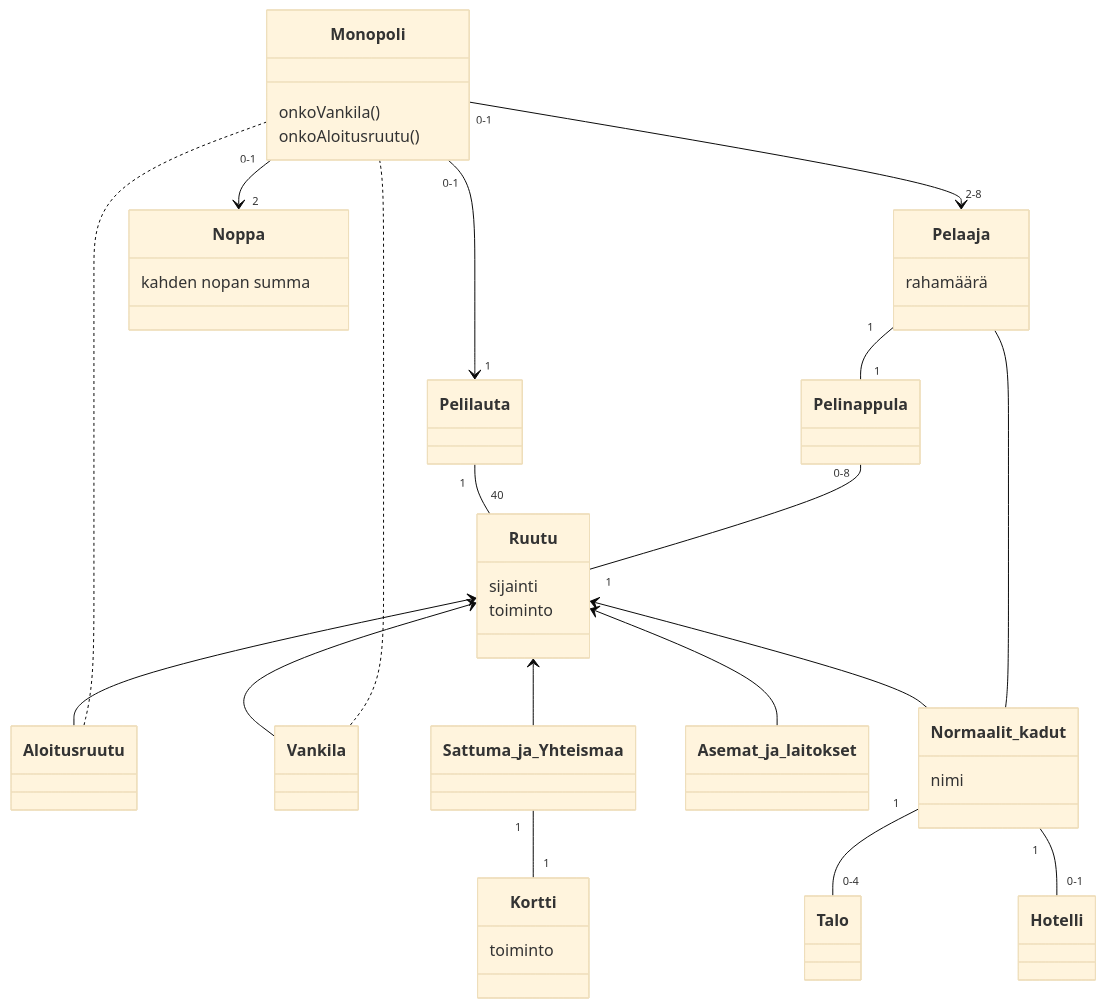
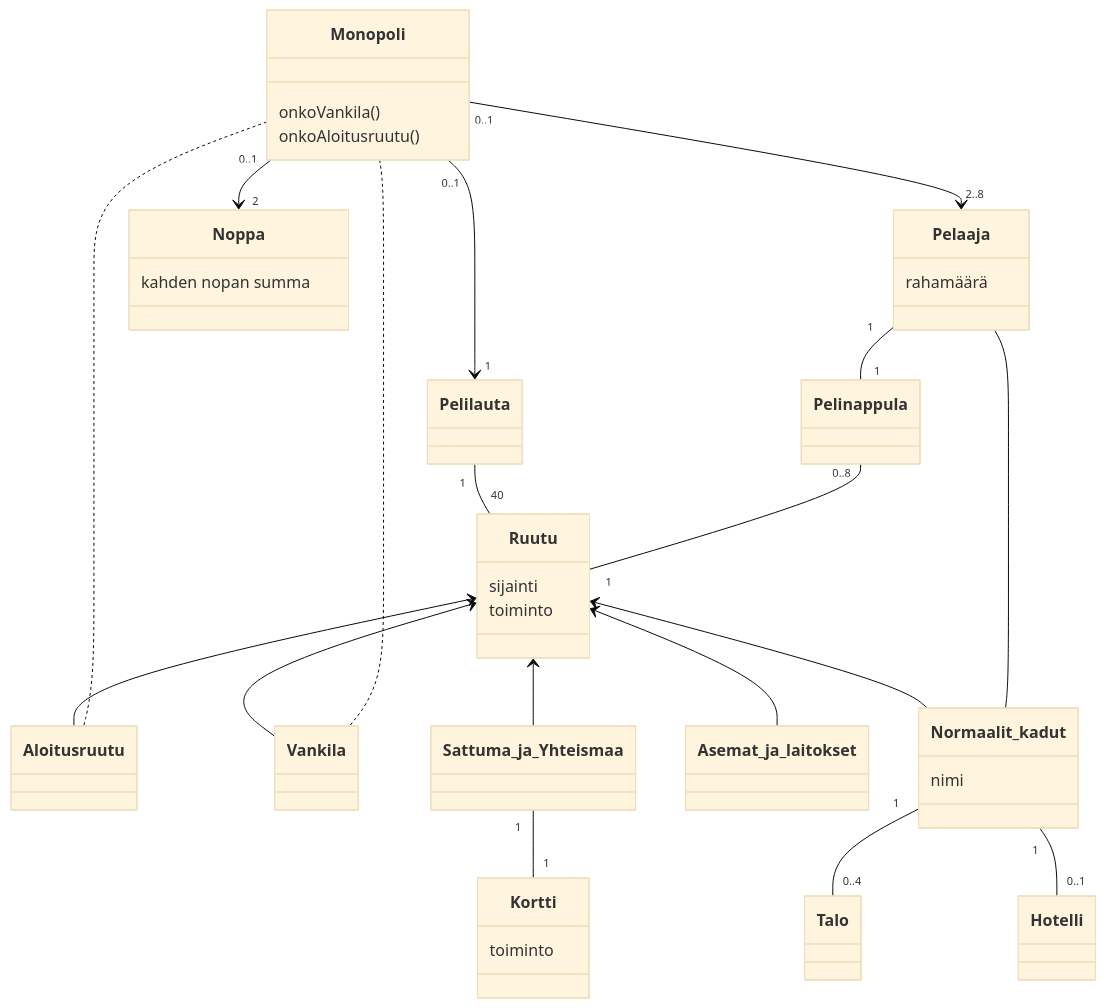
Before and after one commit to nikihietala/StrengthApp: the diagram in laskarit/viikko3/tehtava2.md, drawn with Mermaid (base theme). The commit also changed 2 other files, not shown here.

Commit message:
tehtava 3 + muokkaukset tehtava1&2

````diff
--- a/laskarit/viikko3/tehtava2.md
+++ b/laskarit/viikko3/tehtava2.md
@@ -1,56 +1,56 @@
 ```mermaid
 	classDiagram
-		Monopoli "0-1" --> "1" Pelilauta
-		Monopoli "0-1" --> "2-8" Pelaaja
+		Monopoli "0..1" --> "1" Pelilauta
+		Monopoli "0..1" --> "2..8" Pelaaja
 		Pelilauta "1" -- "40" Ruutu
-		Monopoli "0-1" --> "2" Noppa
+		Monopoli "0..1" --> "2" Noppa
 		Pelaaja "1" -- "1" Pelinappula
-		Pelinappula "0-8" -- "1" Ruutu
+		Pelinappula "0..8" -- "1" Ruutu
 		Ruutu <-- Aloitusruutu
 		Ruutu <-- Vankila
 		Ruutu <-- Sattuma_ja_Yhteismaa
 		Ruutu <-- Asemat_ja_laitokset
 		Ruutu <-- Normaalit_kadut
 		Sattuma_ja_Yhteismaa "1" -- "1" Kortti
 		Pelaaja -- Normaalit_kadut
-		Normaalit_kadut "1" -- "0-4" Talo
-		Normaalit_kadut "1" -- "0-1" Hotelli
+		Normaalit_kadut "1" -- "0..4" Talo
+		Normaalit_kadut "1" -- "0..1" Hotelli
 		Monopoli .. Vankila
 		Monopoli .. Aloitusruutu
 		class Monopoli{
 			onkoVankila()
 			onkoAloitusruutu()
 		}
 		class Noppa{
 			kahden nopan summa
 		}
 		class Pelaaja{
 			rahamäärä
 		}
 		class Pelilauta{
 		}
 		class Ruutu{
 			sijainti
 			toiminto
 		}
 		class Pelinappula{
 		}
 		class Aloitusruutu{
 		}
 		class Vankila{
 		}
 		class Sattuma_ja_Yhteismaa{
 		}
 		class Asemat_ja_laitokset{
 		}
 		class Normaalit_kadut{
 			nimi
 		}
 		class Kortti{
 			toiminto
 		}
 		class Talo{
 		}
 		class Hotelli{
 		}
 ```
````
